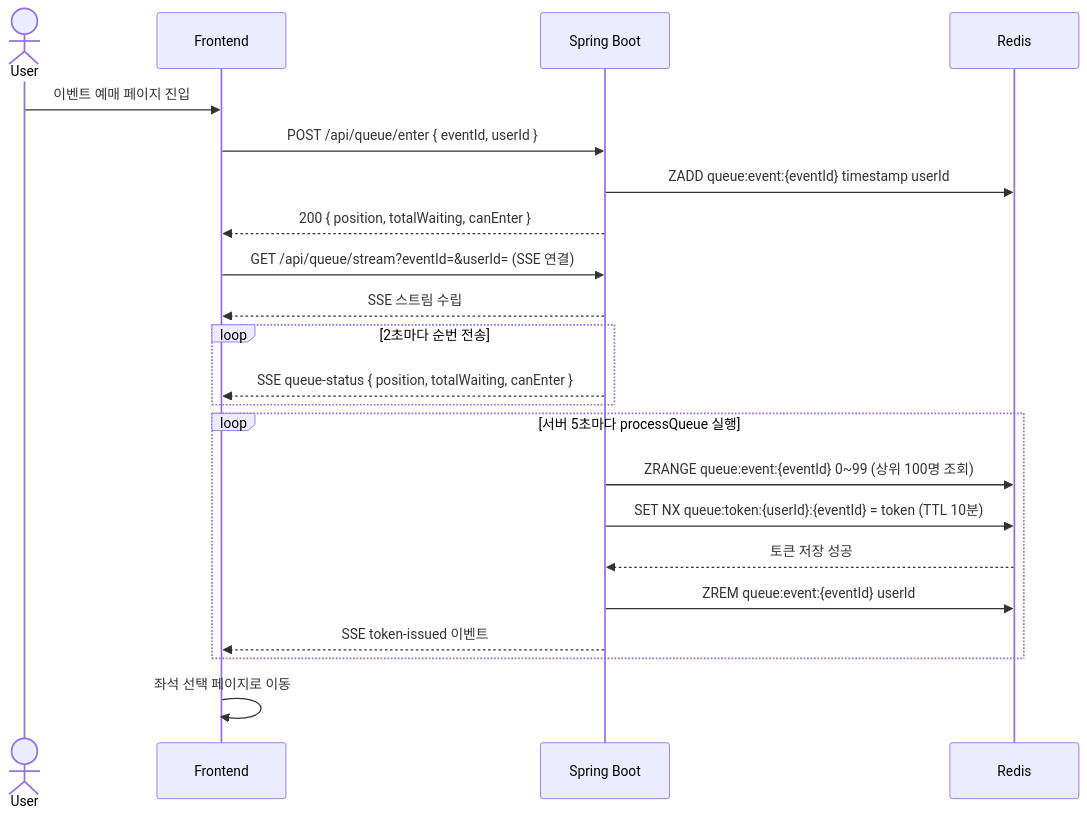
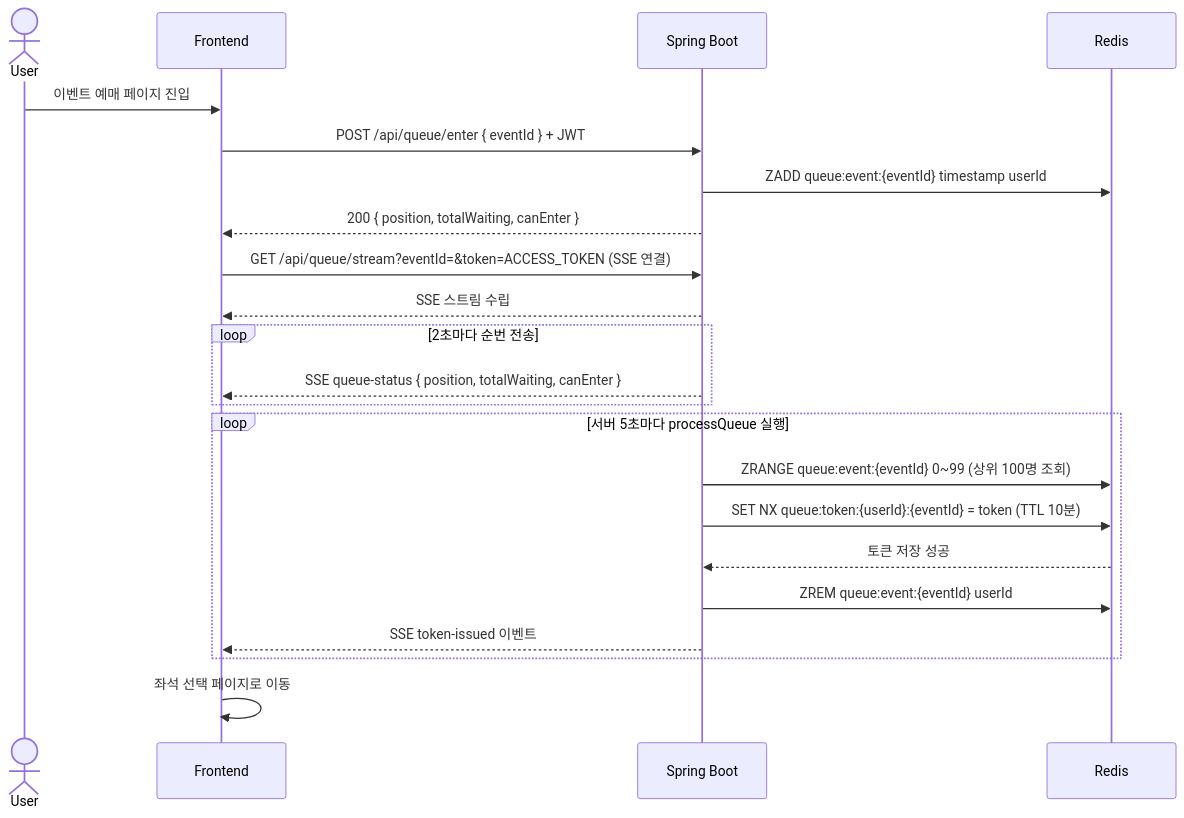
Before and after one commit to mercedes6115/ticketing-vibe: the second of 6 diagrams in docs/sequence-diagram.md, drawn with Mermaid. The commit also changed other lines of this file and 6 other files, not shown here.

````diff
--- a/docs/sequence-diagram.md
+++ b/docs/sequence-diagram.md
@@ -34,29 +34,29 @@
 ```mermaid
 sequenceDiagram
     actor User
     participant FE as Frontend
     participant API as Spring Boot
     participant Redis
 
     User->>FE: 이벤트 예매 페이지 진입
-    FE->>API: POST /api/queue/enter { eventId, userId }
+    FE->>API: POST /api/queue/enter { eventId } + JWT
     API->>Redis: ZADD queue:event:{eventId} timestamp userId
     API-->>FE: 200 { position, totalWaiting, canEnter }
 
-    FE->>API: GET /api/queue/stream?eventId=&userId= (SSE 연결)
+    FE->>API: GET /api/queue/stream?eventId=&token=ACCESS_TOKEN (SSE 연결)
     API-->>FE: SSE 스트림 수립
 
     loop 2초마다 순번 전송
         API-->>FE: SSE queue-status { position, totalWaiting, canEnter }
     end
 
     loop 서버 5초마다 processQueue 실행
         API->>Redis: ZRANGE queue:event:{eventId} 0~99 (상위 100명 조회)
         API->>Redis: SET NX queue:token:{userId}:{eventId} = token (TTL 10분)
         Redis-->>API: 토큰 저장 성공
         API->>Redis: ZREM queue:event:{eventId} userId
         API-->>FE: SSE token-issued 이벤트
     end
 
     FE->>FE: 좌석 선택 페이지로 이동
 ```
````
